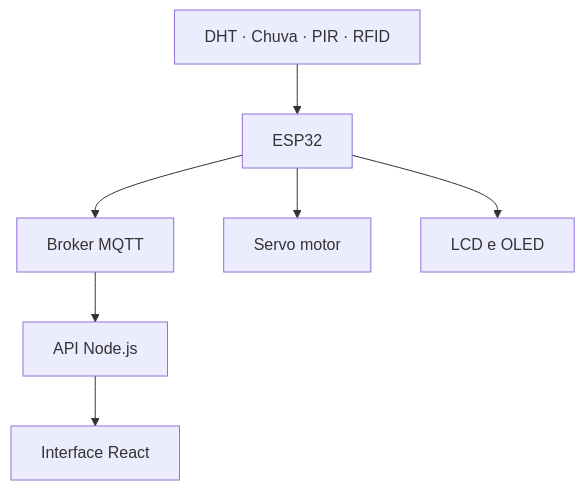
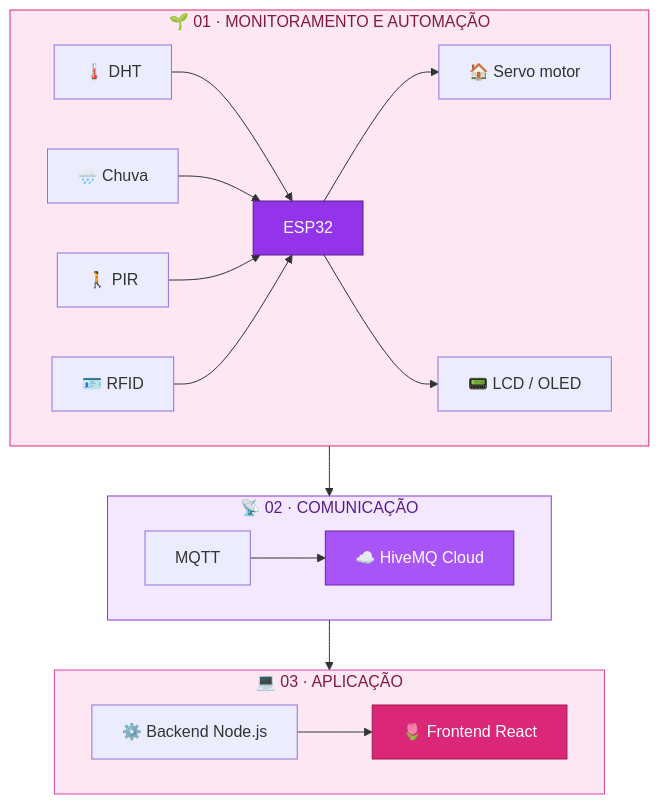
The diagram in README.md (RafaelaSsilva28/Projeto-Estufa), drawn with Mermaid before and after one commit. The commit also changed other lines of this file, not shown here.

````diff
--- a/README.md
+++ b/README.md
@@ -56,9 +81,40 @@
 ```mermaid
-flowchart TD
-    A["DHT · Chuva · PIR · RFID"] --> B["ESP32"]
-    B --> C["Broker MQTT"]
-    C --> D["API Node.js"]
-    D --> E["Interface React"]
-    B --> F["Servo motor"]
-    B --> G["LCD e OLED"]
+flowchart TB
+    subgraph CIRCUITO["🌱 01 · MONITORAMENTO E AUTOMAÇÃO"]
+        direction LR
+        A["🌡️ DHT"]
+        B["🌧️ Chuva"]
+        C["🚶 PIR"]
+        D["🪪 RFID"]
+        A --> ESP["ESP32"]
+        B --> ESP
+        C --> ESP
+        D --> ESP
+        ESP --> SERVO["🏠 Servo motor"]
+        ESP --> DISPLAY["📟 LCD / OLED"]
+    end
+
+    subgraph COMUNICACAO["📡 02 · COMUNICAÇÃO"]
+        direction LR
+        MQTT["MQTT"]
+        BROKER["☁️ HiveMQ Cloud"]
+        MQTT --> BROKER
+    end
+
+    subgraph APLICACAO["💻 03 · APLICAÇÃO"]
+        direction LR
+        API["⚙️ Backend Node.js"]
+        WEB["🌷 Frontend React"]
+        API --> WEB
+    end
+
+    ESP --> MQTT
+    BROKER --> API
+
+    style CIRCUITO fill:#FCE7F3,stroke:#DB2777,color:#831843
+    style COMUNICACAO fill:#F3E8FF,stroke:#9333EA,color:#581C87
+    style APLICACAO fill:#FCE7F3,stroke:#D946A5,color:#831843
+    style ESP fill:#9333EA,color:#FFFFFF,stroke:#581C87
+    style BROKER fill:#A855F7,color:#FFFFFF,stroke:#6B21A8
+    style WEB fill:#DB2777,color:#FFFFFF,stroke:#9D174D
 ```
````
